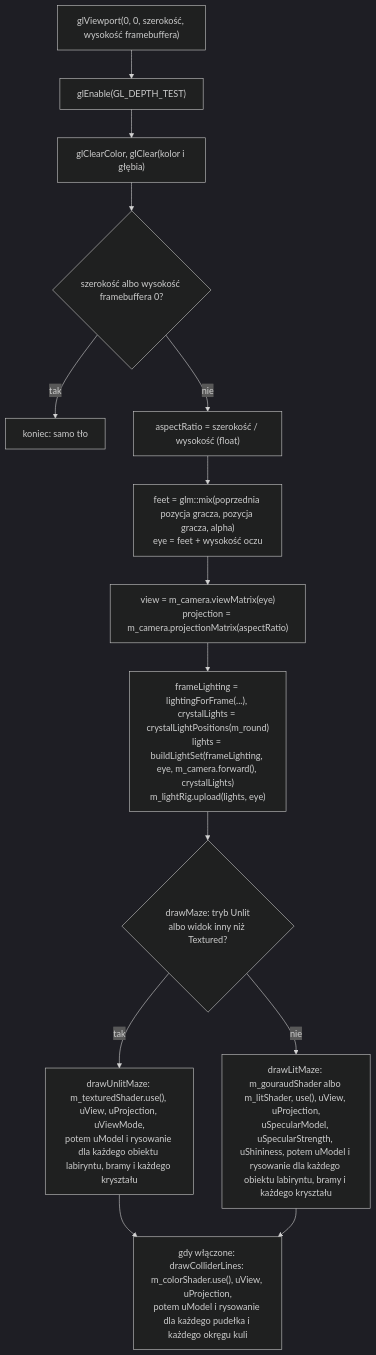
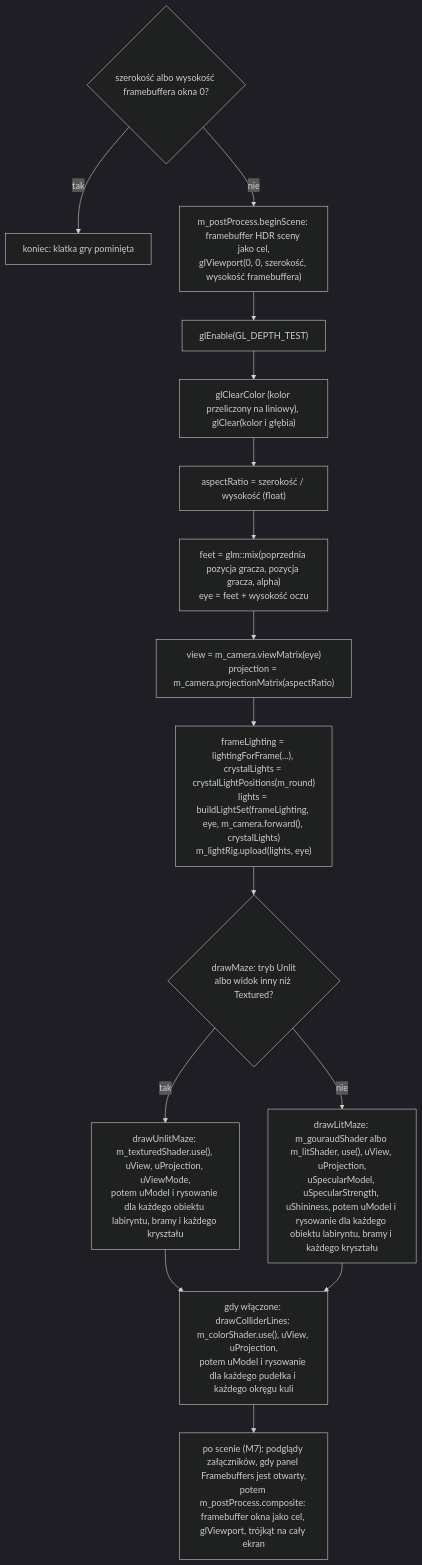
Before and after one commit to Shironex/night-maze: the diagram in docs/modules/scene/camera.md, drawn with Mermaid (dark theme). The commit also changed other lines of this file and 96 other files, not shown here.

Commit message:
feat(game): render the scene to an hdr buffer with tone mapping and gamma

````diff
--- a/docs/modules/scene/camera.md
+++ b/docs/modules/scene/camera.md
@@ -251,16 +251,18 @@
 ```mermaid
 flowchart TD
-    A["glViewport(0, 0, szerokość, wysokość framebuffera)"] --> B["glEnable(GL_DEPTH_TEST)"]
-    B --> C["glClearColor, glClear(kolor i głębia)"]
-    C --> D{"szerokość albo wysokość framebuffera 0?"}
-    D -- tak --> End["koniec: samo tło"]
-    D -- nie --> E["aspectRatio = szerokość / wysokość (float)"]
+    D{"szerokość albo wysokość framebuffera okna 0?"}
+    D -- tak --> End["koniec: klatka gry pominięta"]
+    D -- nie --> A["m_postProcess.beginScene: framebuffer HDR sceny jako cel,<br/>glViewport(0, 0, szerokość, wysokość framebuffera)"]
+    A --> B["glEnable(GL_DEPTH_TEST)"]
+    B --> C["glClearColor (kolor przeliczony na liniowy), glClear(kolor i głębia)"]
+    C --> E["aspectRatio = szerokość / wysokość (float)"]
     E --> X["feet = glm::mix(poprzednia pozycja gracza, pozycja gracza, alpha)<br/>eye = feet + wysokość oczu"]
     X --> V["view = m_camera.viewMatrix(eye)<br/>projection = m_camera.projectionMatrix(aspectRatio)"]
     V --> LS["frameLighting = lightingForFrame(...), crystalLights = crystalLightPositions(m_round)<br/>lights = buildLightSet(frameLighting, eye, m_camera.forward(), crystalLights)<br/>m_lightRig.upload(lights, eye)"]
     LS --> M{"drawMaze: tryb Unlit<br/>albo widok inny niż Textured?"}
     M -- tak --> MU["drawUnlitMaze: m_texturedShader.use(), uView, uProjection, uViewMode,<br/>potem uModel i rysowanie dla każdego obiektu labiryntu, bramy i każdego kryształu"]
     M -- nie --> ML["drawLitMaze: m_gouraudShader albo m_litShader, use(), uView, uProjection,<br/>uSpecularModel, uSpecularStrength, uShininess, potem uModel i rysowanie dla każdego obiektu labiryntu, bramy i każdego kryształu"]
     MU --> L["gdy włączone: drawColliderLines: m_colorShader.use(), uView, uProjection,<br/>potem uModel i rysowanie dla każdego pudełka i każdego okręgu kuli"]
     ML --> L
+    L --> P["po scenie (M7): podglądy załączników, gdy panel Framebuffers jest otwarty,<br/>potem m_postProcess.composite: framebuffer okna jako cel, glViewport, trójkąt na cały ekran"]
 ```
````
